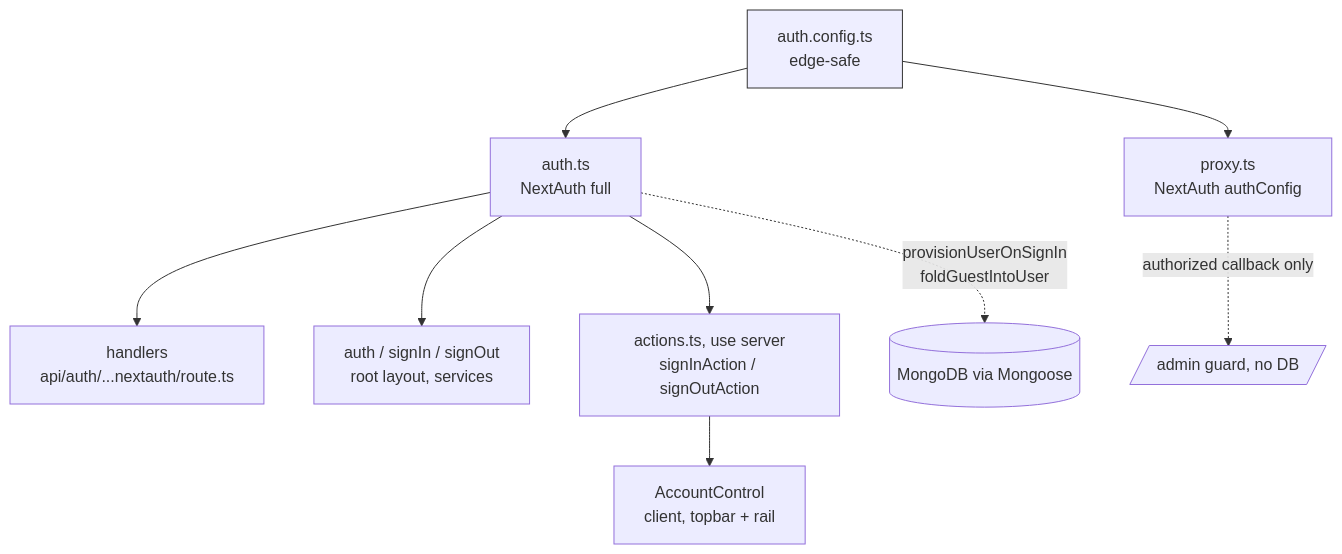
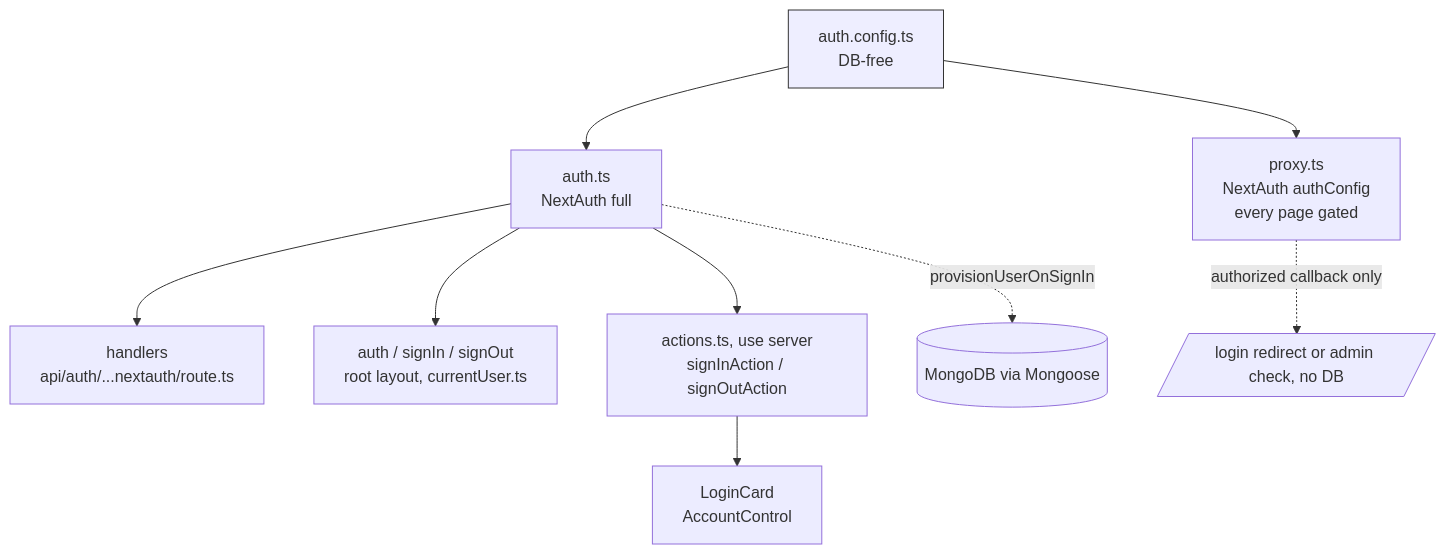
One commit to NaKMiers/English_For_Only_Me changed the first of 2 diagrams in docs/07-auth-infra-testing.md. Above: the diagram before and after it, drawn with Mermaid. The commit also changed other lines of this file and 181 other files, not shown here.

First line of the commit message:
feat(auth): require Google sign-in, add /auth/login, remove guest mode

````diff
--- a/docs/07-auth-infra-testing.md
+++ b/docs/07-auth-infra-testing.md
@@ -46,12 +54,12 @@
 ```mermaid
 graph TD
-  A[auth.config.ts<br/>edge-safe]:::edge --> B[proxy.ts<br/>NextAuth authConfig]
+  A[auth.config.ts<br/>DB-free]:::edge --> B[proxy.ts<br/>NextAuth authConfig<br/>every page gated]
   A --> C[auth.ts<br/>NextAuth full]
   C --> D[handlers<br/>api/auth/...nextauth/route.ts]
-  C --> E[auth / signIn / signOut<br/>root layout, services]
+  C --> E[auth / signIn / signOut<br/>root layout, currentUser.ts]
   C --> H[actions.ts, use server<br/>signInAction / signOutAction]
-  H --> I[AccountControl<br/>client, topbar + rail]
-  C -. provisionUserOnSignIn<br/>foldGuestIntoUser .-> F[(MongoDB via Mongoose)]
-  B -. authorized callback only .-> G[/admin guard, no DB/]
+  H --> I[LoginCard<br/>AccountControl]
+  C -. provisionUserOnSignIn .-> F[(MongoDB via Mongoose)]
+  B -. authorized callback only .-> G[/login redirect or admin check, no DB/]
   classDef edge fill:#eef,stroke:#333;
 ```
````
